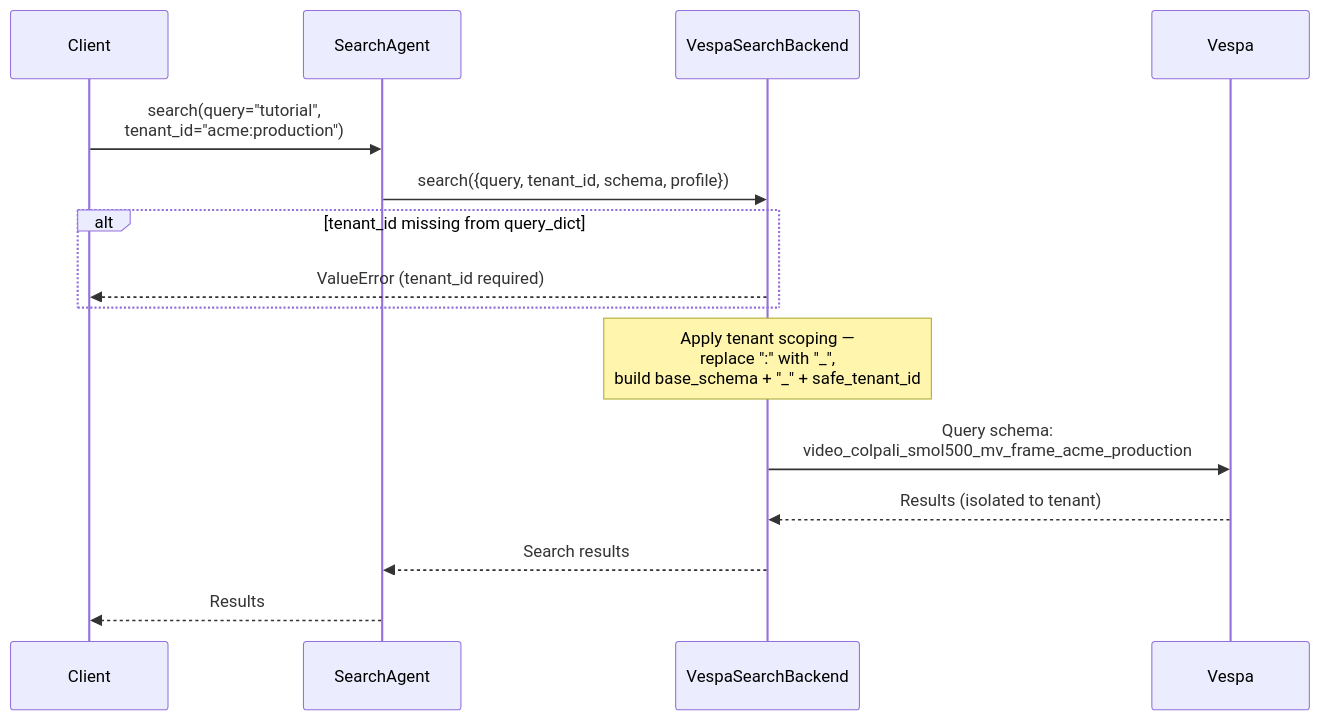
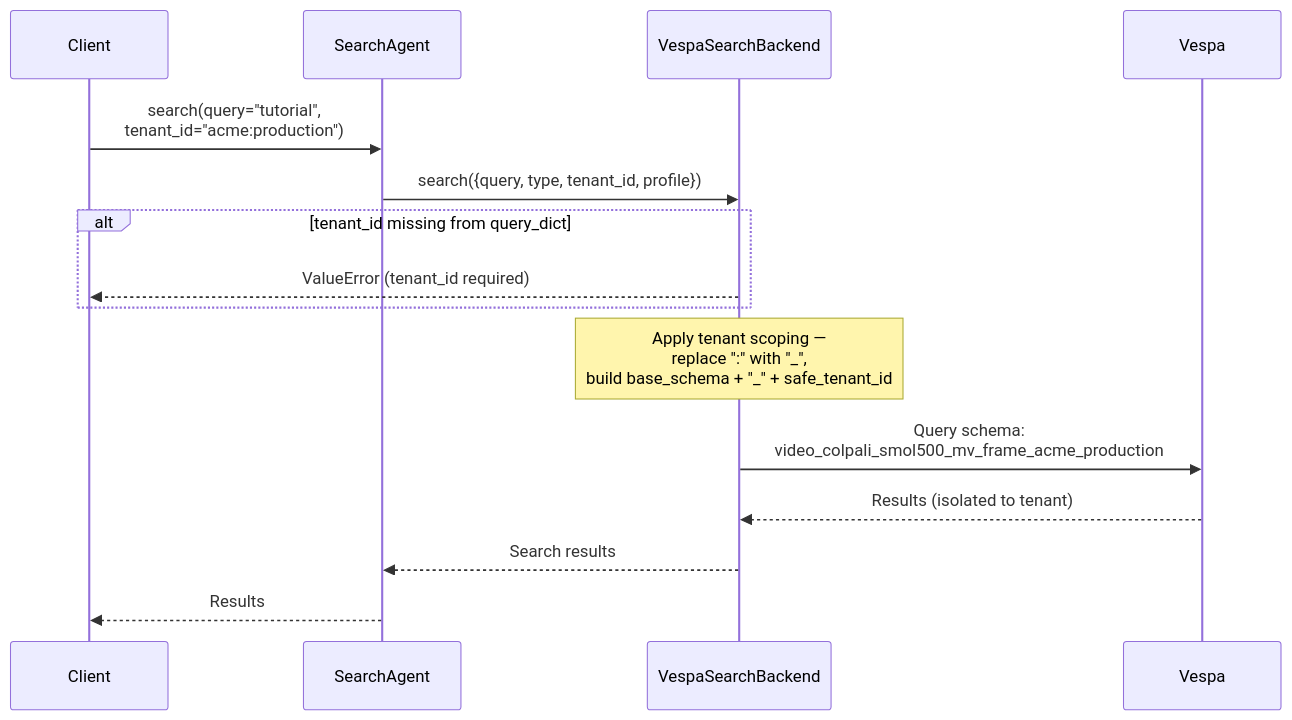
The fourth of 6 diagrams in docs/operations/multi-tenant-management.md (amit-jain/cogniverse), drawn with Mermaid before and after one commit. The commit also changed other lines of this file and 50 other files, not shown here.

First line of the commit message:
Complete and verify docs against code with mermaid palette

````diff
--- a/docs/operations/multi-tenant-management.md
+++ b/docs/operations/multi-tenant-management.md
@@ -455,23 +457,23 @@
 ```mermaid
 sequenceDiagram
     participant Client
     participant Agent as SearchAgent
     participant Backend as VespaSearchBackend
     participant Vespa
 
     Client->>Agent: search(query="tutorial",<br/>tenant_id="acme:production")
 
-    Agent->>Backend: search({query, tenant_id, schema, profile})
+    Agent->>Backend: search({query, type, tenant_id, profile})
 
     alt tenant_id missing from query_dict
         Backend-->>Client: ValueError (tenant_id required)
     end
 
     Note over Backend: Apply tenant scoping —<br/>replace ":" with "_",<br/>build base_schema + "_" + safe_tenant_id
 
     Backend->>Vespa: Query schema:<br/>video_colpali_smol500_mv_frame_acme_production
     Vespa-->>Backend: Results (isolated to tenant)
 
     Backend-->>Agent: Search results
     Agent-->>Client: Results
 ```
````
